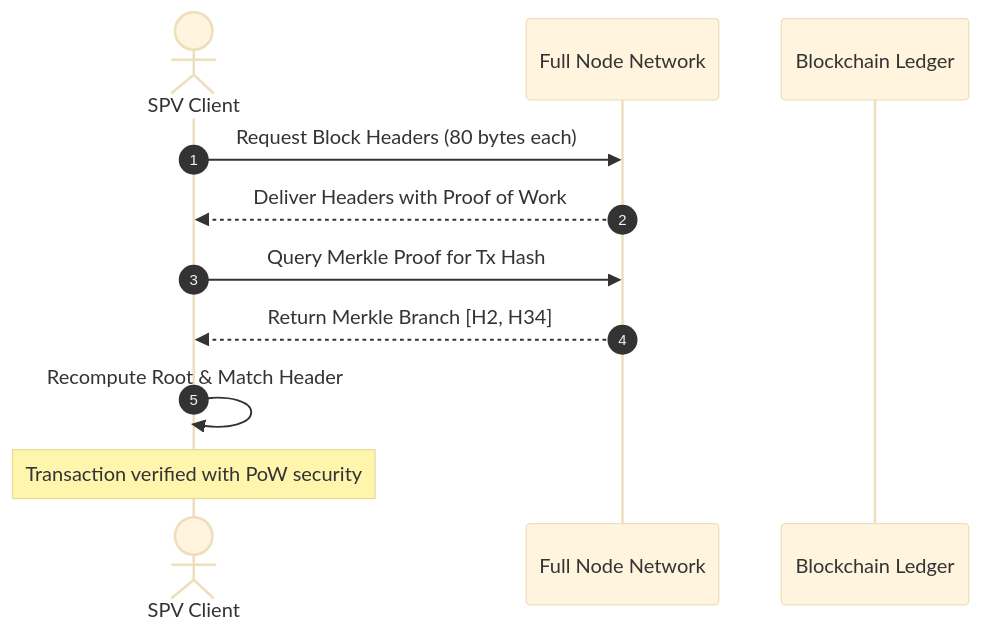
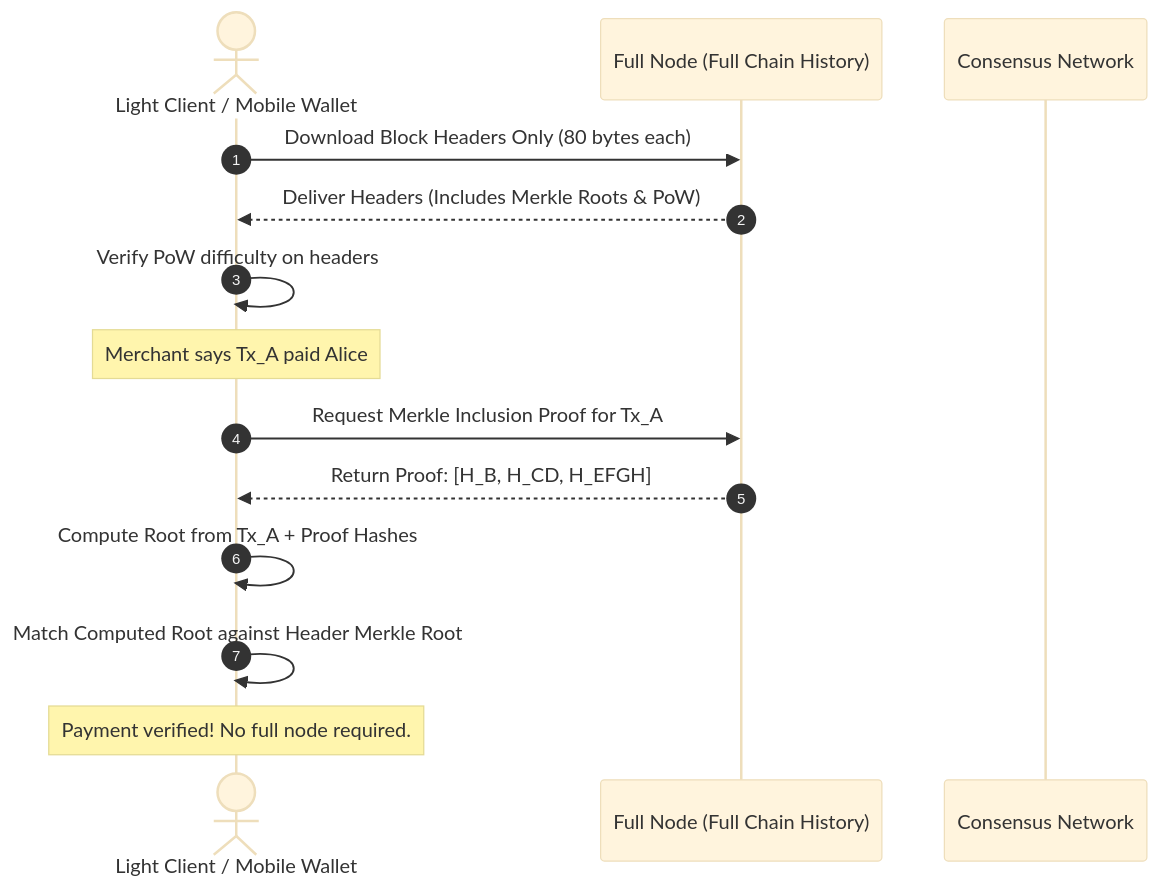
The sixth of 6 diagrams in docs/learn/fundamentals/01-distributed-trust/02-cryptographic-hash-functions-and-merkle-trees.md (ub-society/modules), drawn with Mermaid (base theme) before and after one commit. The commit also changed other lines of this file and 3 other files, not shown here.

````diff
--- a/docs/learn/fundamentals/01-distributed-trust/02-cryptographic-hash-functions-and-merkle-trees.md
+++ b/docs/learn/fundamentals/01-distributed-trust/02-cryptographic-hash-functions-and-merkle-trees.md
@@ -155,14 +294,17 @@
 ```mermaid
 sequenceDiagram
     autonumber
-    actor SPV as SPV Client
-    participant Net as Full Node Network
-    participant Miner as Blockchain Ledger
+    actor Phone as Light Client / Mobile Wallet
+    participant FullNode as Full Node (Full Chain History)
+    participant Miner as Consensus Network
 
-    SPV->>Net: Request Block Headers (80 bytes each)
-    Net-->>SPV: Deliver Headers with Proof of Work
-    SPV->>Net: Query Merkle Proof for Tx Hash
-    Net-->>SPV: Return Merkle Branch [H2, H34]
-    SPV->>SPV: Recompute Root & Match Header
-    Note over SPV: Transaction verified with PoW security
+    Phone->>FullNode: Download Block Headers Only (80 bytes each)
+    FullNode-->>Phone: Deliver Headers (Includes Merkle Roots & PoW)
+    Phone->>Phone: Verify PoW difficulty on headers
+    Note over Phone: Merchant says Tx_A paid Alice
+    Phone->>FullNode: Request Merkle Inclusion Proof for Tx_A
+    FullNode-->>Phone: Return Proof: [H_B, H_CD, H_EFGH]
+    Phone->>Phone: Compute Root from Tx_A + Proof Hashes
+    Phone->>Phone: Match Computed Root against Header Merkle Root
+    Note over Phone: Payment verified! No full node required.
 ```
````
